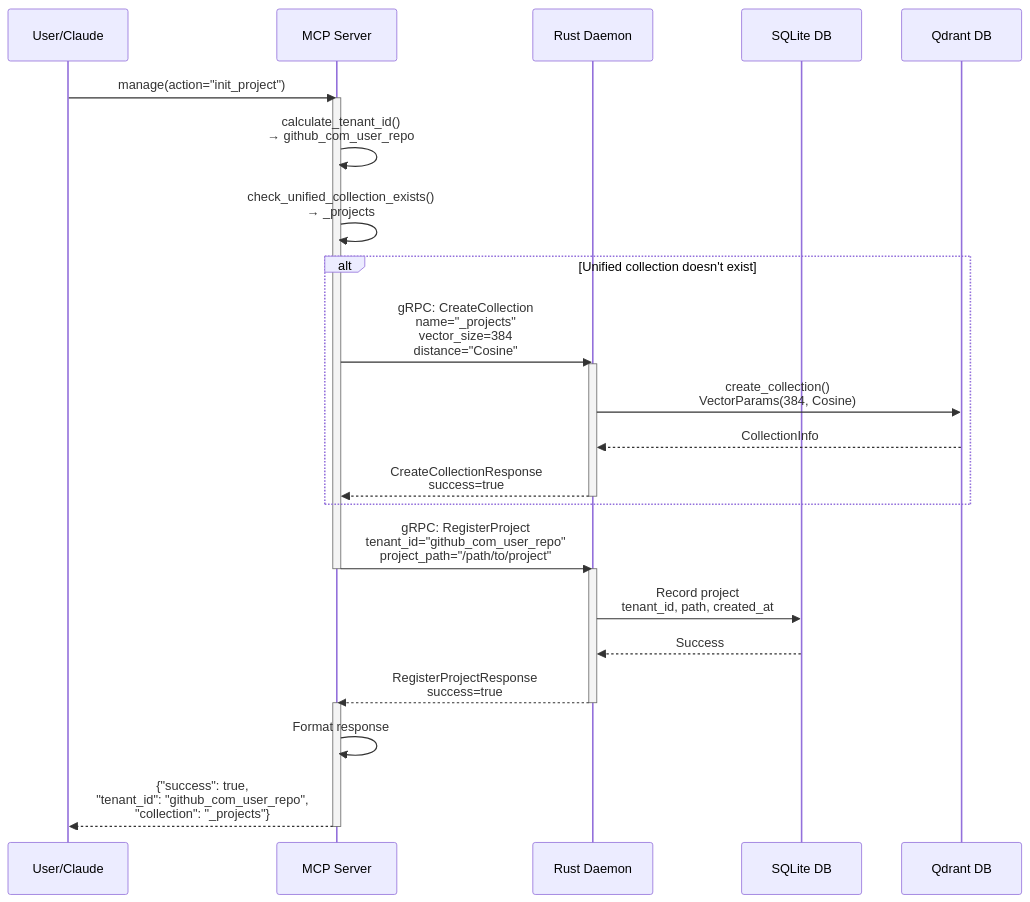
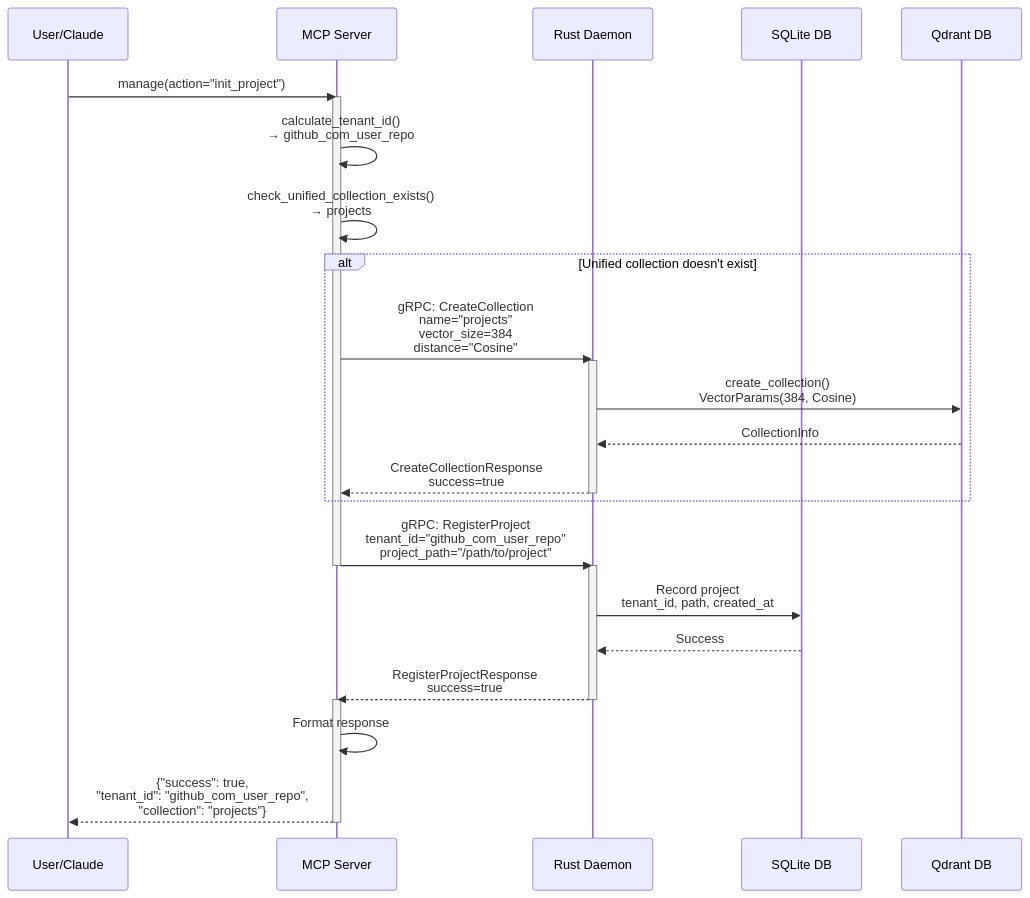
One commit to ChrisGVE/workspace-qdrant-mcp changed diagram 12 of 13 in docs/ARCHITECTURE.md. Above: the diagram before and after it, drawn with Mermaid. The commit also changed other lines of this file and 1 other file, not shown here.

First line of the commit message:
docs: consolidate documentation and align with canonical architecture

````diff
--- a/docs/ARCHITECTURE.md
+++ b/docs/ARCHITECTURE.md
@@ -755,40 +754,40 @@
 ```mermaid
 sequenceDiagram
     participant User as User/Claude
     participant MCP as MCP Server
     participant Daemon as Rust Daemon
     participant SQLite as SQLite DB
     participant Qdrant as Qdrant DB
 
     User->>MCP: manage(action="init_project")
 
     activate MCP
     MCP->>MCP: calculate_tenant_id()<br/>→ github_com_user_repo
-    MCP->>MCP: check_unified_collection_exists()<br/>→ _projects
+    MCP->>MCP: check_unified_collection_exists()<br/>→ projects
 
     alt Unified collection doesn't exist
-        MCP->>Daemon: gRPC: CreateCollection<br/>name="_projects"<br/>vector_size=384<br/>distance="Cosine"
+        MCP->>Daemon: gRPC: CreateCollection<br/>name="projects"<br/>vector_size=384<br/>distance="Cosine"
 
         activate Daemon
         Daemon->>Qdrant: create_collection()<br/>VectorParams(384, Cosine)
         Qdrant-->>Daemon: CollectionInfo
         Daemon-->>MCP: CreateCollectionResponse<br/>success=true
         deactivate Daemon
     end
 
     MCP->>Daemon: gRPC: RegisterProject<br/>tenant_id="github_com_user_repo"<br/>project_path="/path/to/project"
     deactivate MCP
 
     activate Daemon
     Daemon->>SQLite: Record project<br/>tenant_id, path, created_at
     SQLite-->>Daemon: Success
 
     Daemon-->>MCP: RegisterProjectResponse<br/>success=true
     deactivate Daemon
 
     activate MCP
     MCP->>MCP: Format response
 
-    MCP-->>User: {"success": true,<br/>"tenant_id": "github_com_user_repo",<br/>"collection": "_projects"}
+    MCP-->>User: {"success": true,<br/>"tenant_id": "github_com_user_repo",<br/>"collection": "projects"}
     deactivate MCP
 ```
````
